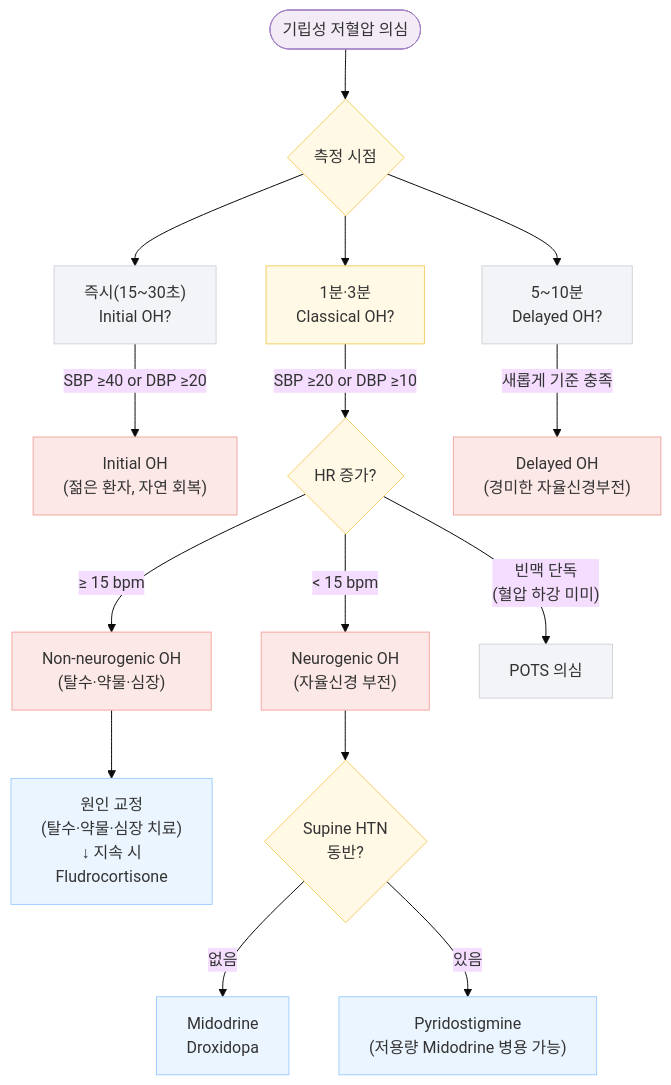
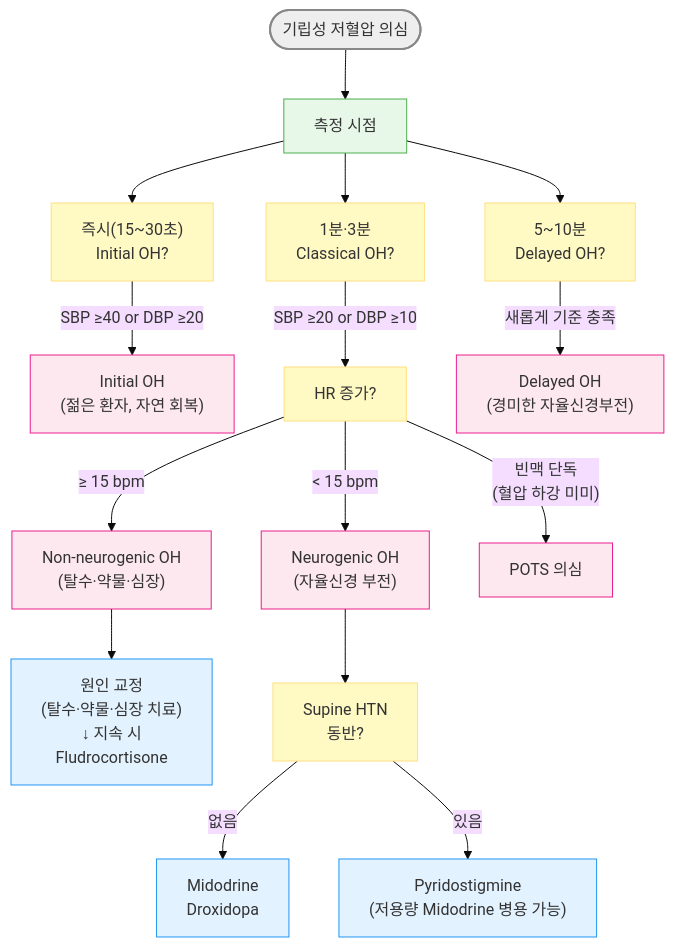
One commit to familyoh77/familyoh77 changed the diagram in 225_/096_-orthostatic-hypotension.md. Above: the diagram before and after it, drawn with Mermaid (base theme). The commit also changed other lines of this file, not shown here.

````diff
--- a/225_/096_-orthostatic-hypotension.md
+++ b/225_/096_-orthostatic-hypotension.md
@@ -161,29 +130,41 @@
 ```mermaid
 graph TD
-    classDef purple fill:#F3ECF7,stroke:#A381C6,stroke-width:1px,color:#333;
-    classDef yellow fill:#FFF9E6,stroke:#F4D068,stroke-width:1px,color:#333;
-    classDef gray fill:#F2F4F7,stroke:#D1D5DB,stroke-width:1px,color:#333;
-    classDef pink fill:#FCE8E6,stroke:#F3A9A3,stroke-width:1px,color:#333;
-    classDef blue fill:#EBF5FF,stroke:#A3CFFF,stroke-width:1px,color:#333;
-    classDef green fill:#EDFAF1,stroke:#82C99A,stroke-width:1px,color:#333;
 
-    Start([기립성 저혈압 의심]):::purple --> Timing{"측정 시점"}:::yellow
-
-    Timing --> T1["즉시(15~30초)\nInitial OH?"]:::gray
-    Timing --> T2["1분·3분\nClassical OH?"]:::yellow
-    Timing --> T3["5~10분\nDelayed OH?"]:::gray
-
-    T1 -- "SBP ≥40 or DBP ≥20" --> InitOH["Initial OH\n(젊은 환자, 자연 회복)"]:::pink
-    T2 -- "SBP ≥20 or DBP ≥10" --> HR{"HR 증가?"}:::yellow
-    T3 -- "새롭게 기준 충족" --> DelayOH["Delayed OH\n(경미한 자율신경부전)"]:::pink
-
-    HR -- "≥ 15 bpm" --> NonNeuro["Non-neurogenic OH\n(탈수·약물·심장)"]:::pink
-    HR -- "< 15 bpm" --> Neuro["Neurogenic OH\n(자율신경 부전)"]:::pink
-    HR -- "빈맥 단독\n(혈압 하강 미미)" --> POTS["POTS 의심"]:::gray
-
-    NonNeuro --> NonTx["원인 교정\n(탈수·약물·심장 치료)\n↓ 지속 시\nFludrocortisone"]:::blue
-
-    Neuro --> SupineHTN{"Supine HTN\n동반?"}:::yellow
-    SupineHTN -- "없음" --> NTx1["Midodrine\nDroxidopa"]:::blue
-    SupineHTN -- "있음" --> NTx2["Pyridostigmine\n(저용량 Midodrine 병용 가능)"]:::blue
+    Start([기립성 저혈압 의심])
+style Start fill:#eeeeee,stroke:#888888,stroke-width:2px
+    T0["측정 시점"]
+style T0 fill:#e8f8e8,stroke:#4caf50
+    T1["즉시(15~30초)<br/>Initial OH?"]
+    T2["1분·3분<br/>Classical OH?"]
+    T3["5~10분<br/>Delayed OH?"]
+    InitOH["Initial OH<br/>(젊은 환자, 자연 회복)"]
+    HR["HR 증가?"]
+    DelayOH["Delayed OH<br/>(경미한 자율신경부전)"]
+    NonNeuro["Non-neurogenic OH<br/>(탈수·약물·심장)"]
+    Neuro["Neurogenic OH<br/>(자율신경 부전)"]
+    POTS["POTS 의심"]
+classDef pink fill:#fde8f0,stroke:#e91e8c
+class InitOH,DelayOH,Neuro,POTS,NonNeuro pink
+    NonTx["원인 교정<br/>(탈수·약물·심장 치료)<br/>↓ 지속 시<br/>Fludrocortisone"]
+    SupineHTN["Supine HTN<br/>동반?"]
+classDef yellow fill:#fff9c4,stroke:#ffe082
+class T1,T2,T3,HR,SupineHTN yellow
+    NTx1["Midodrine<br/>Droxidopa"]
+    NTx2["Pyridostigmine<br/>(저용량 Midodrine 병용 가능)"]
+classDef sky fill:#e3f2ff,stroke:#2196f3
+class NTx1,NTx2,NonTx sky
+    Start --> T0
+    T0 --> T1
+    T0 --> T2
+    T0 --> T3
+    T1 -- "SBP ≥40 or DBP ≥20" --> InitOH
+    T2 -- "SBP ≥20 or DBP ≥10" --> HR
+    T3 -- "새롭게 기준 충족" --> DelayOH
+    HR -- "≥ 15 bpm" --> NonNeuro
+    HR -- "< 15 bpm" --> Neuro
+    HR -- "빈맥 단독<br/>(혈압 하강 미미)" --> POTS
+    NonNeuro --> NonTx
+    Neuro --> SupineHTN
+    SupineHTN -- "없음" --> NTx1
+    SupineHTN -- "있음" --> NTx2
 ```
````
